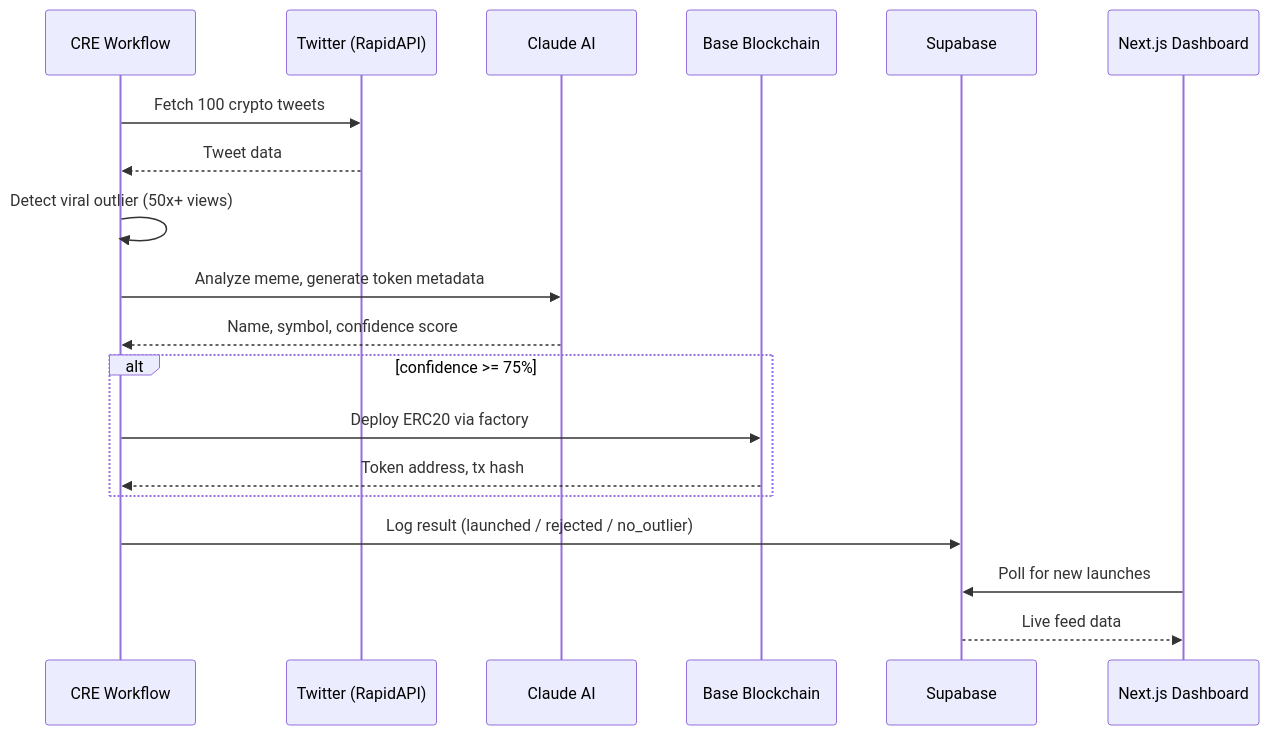
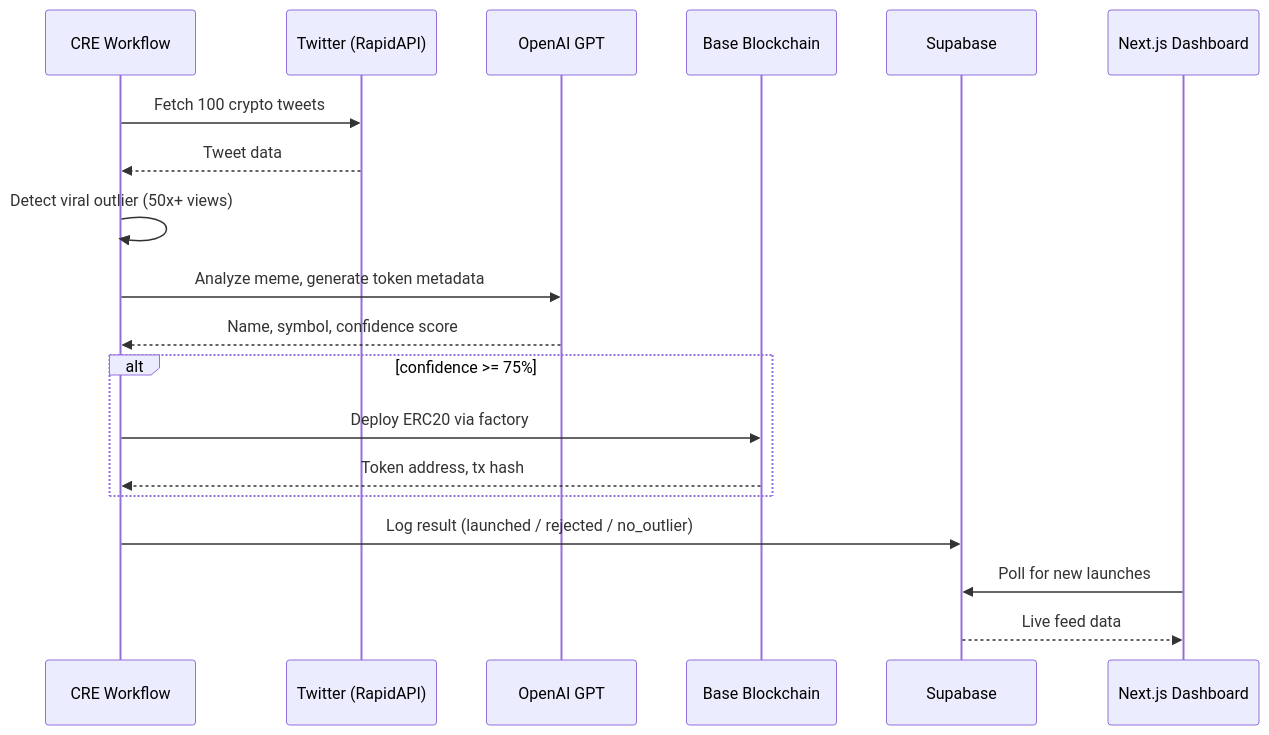
The fifth of 5 diagrams in README.md (fozagtx/mina), drawn with Mermaid before and after one commit. The commit also changed other lines of this file and 9 other files, not shown here.

First line of the commit message:
Replace Claude/Anthropic with OpenAI across entire codebase

````diff
--- a/README.md
+++ b/README.md
@@ -234,22 +234,22 @@
 ```mermaid
 sequenceDiagram
     participant CRE as CRE Workflow
     participant TW as Twitter (RapidAPI)
-    participant AI as Claude AI
+    participant AI as OpenAI GPT
     participant BC as Base Blockchain
     participant DB as Supabase
     participant UI as Next.js Dashboard
 
     CRE->>TW: Fetch 100 crypto tweets
     TW-->>CRE: Tweet data
     CRE->>CRE: Detect viral outlier (50x+ views)
     CRE->>AI: Analyze meme, generate token metadata
     AI-->>CRE: Name, symbol, confidence score
     alt confidence >= 75%
         CRE->>BC: Deploy ERC20 via factory
         BC-->>CRE: Token address, tx hash
     end
     CRE->>DB: Log result (launched / rejected / no_outlier)
     UI->>DB: Poll for new launches
     DB-->>UI: Live feed data
 ```
````
